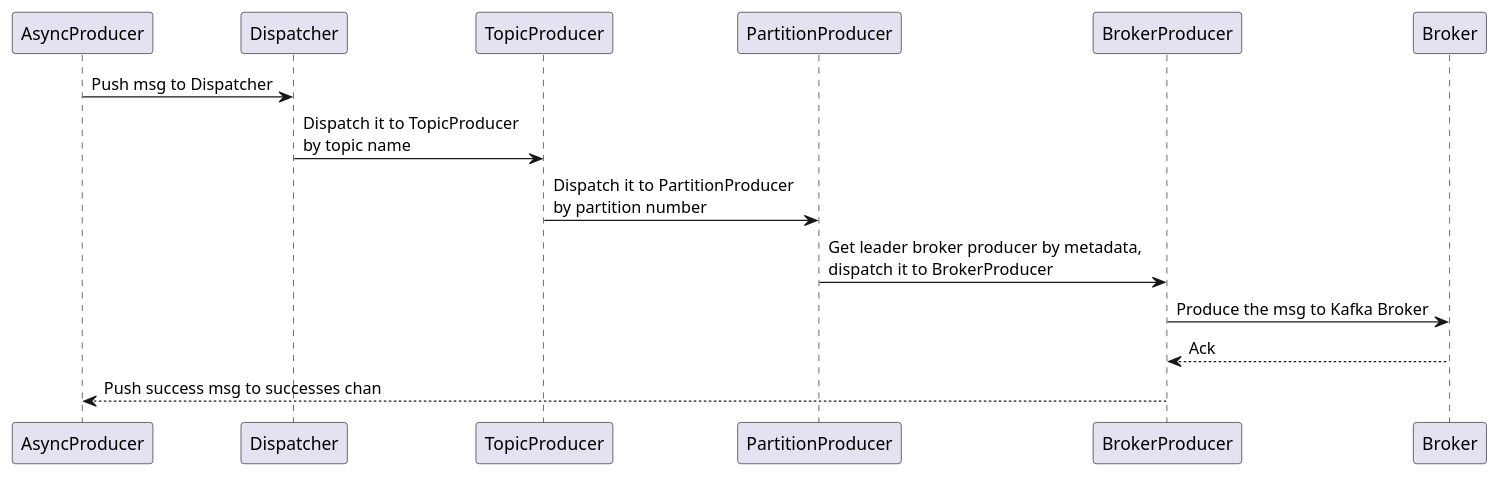
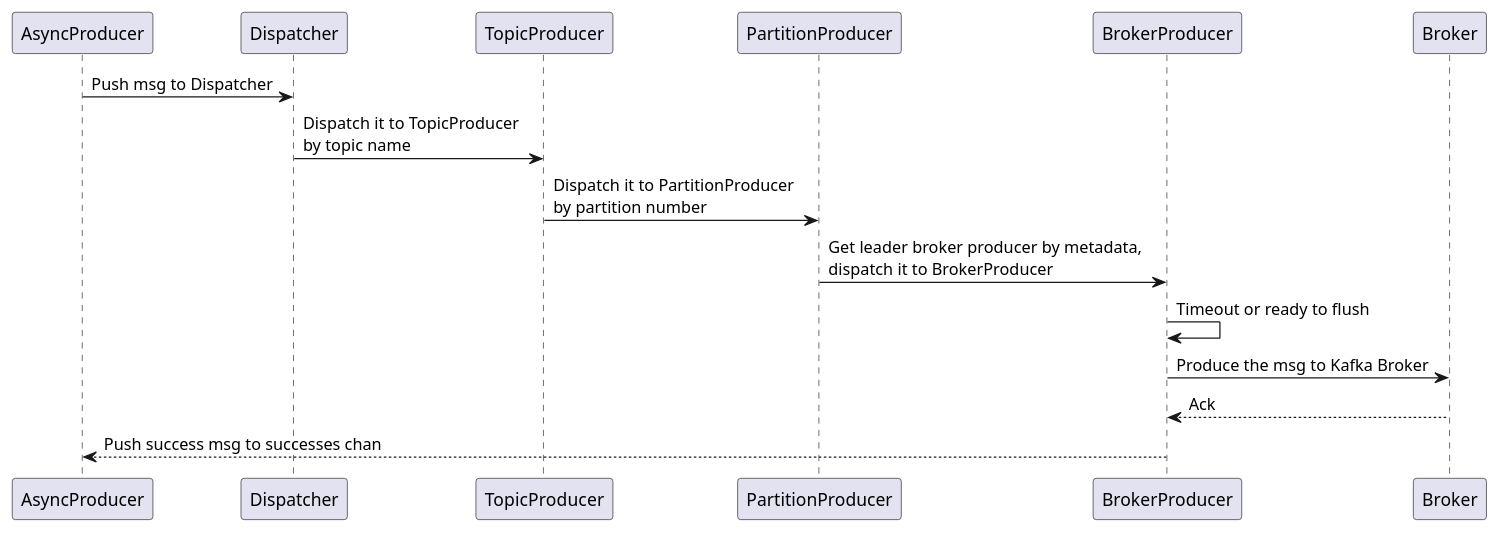
Before and after one commit to Rustin170506/kafka.slide: the second of 5 diagrams in slides.md, drawn with PlantUML. The commit also changed other lines of this file, not shown here.

Commit message:
Add BrokerProducer Timeout or ready to flush

````diff
--- a/slides.md
+++ b/slides.md
@@ -288,11 +289,12 @@
 ```plantuml
 @startuml
 AsyncProducer -> Dispatcher : Push msg to Dispatcher
 Dispatcher -> TopicProducer : Dispatch it to TopicProducer \nby topic name
 TopicProducer -> PartitionProducer : Dispatch it to PartitionProducer \nby partition number
 PartitionProducer -> BrokerProducer : Get leader broker producer by metadata, \ndispatch it to BrokerProducer
+BrokerProducer -> BrokerProducer : Timeout or ready to flush
 BrokerProducer -> Broker : Produce the msg to Kafka Broker
 BrokerProducer <-- Broker : Ack
 AsyncProducer <-- BrokerProducer : Push success msg to successes chan 
 @enduml
 ```
````
